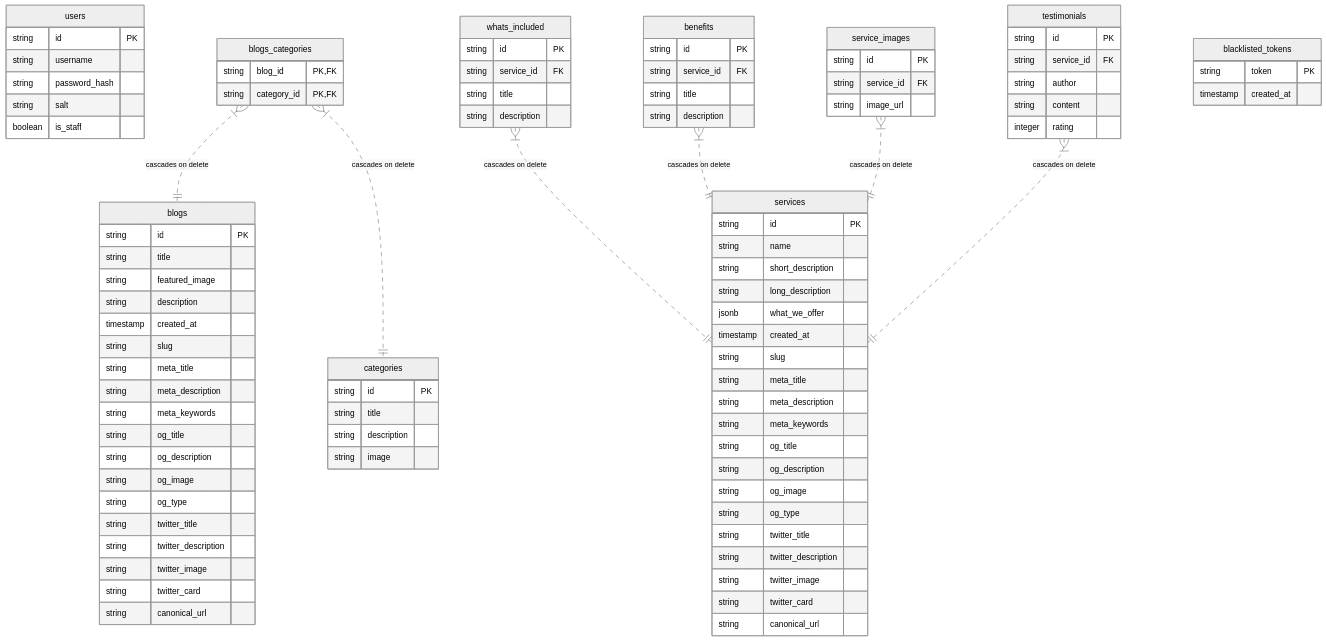
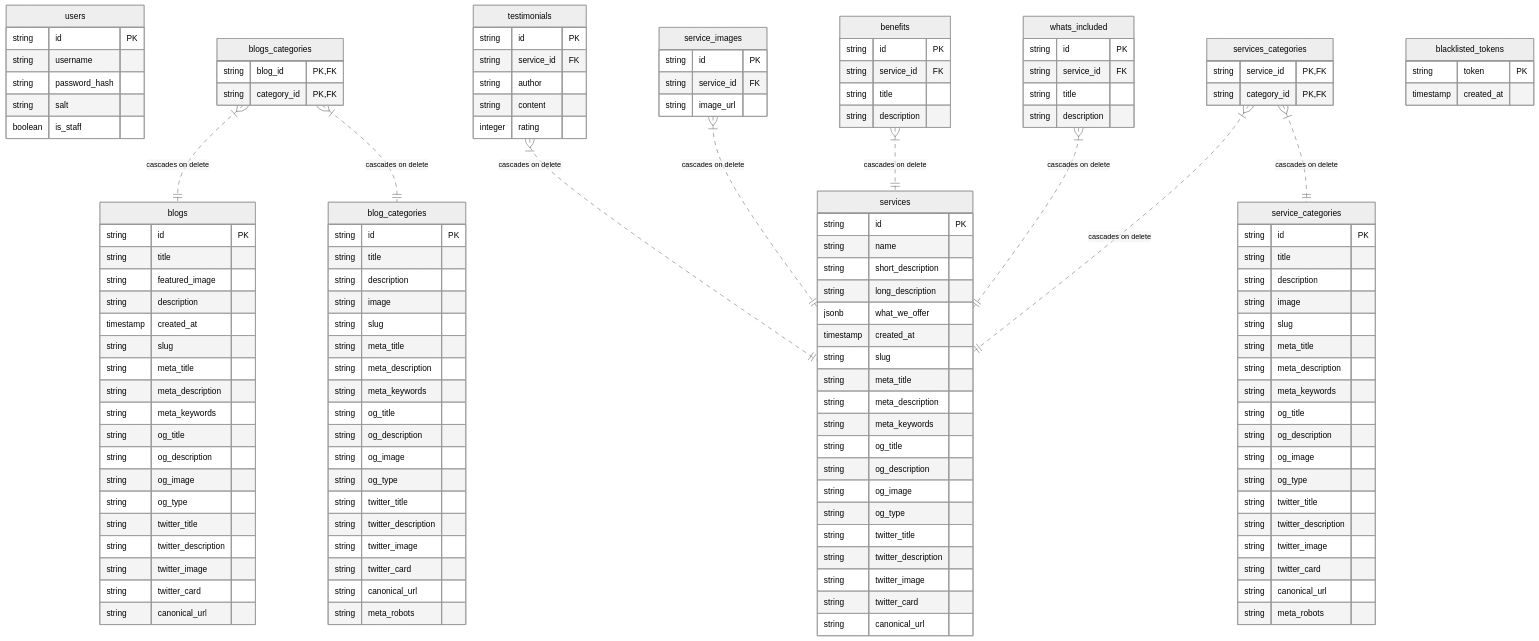
The diagram in DB_Schema.MD (Tech-Trendo/fair-and-fresh-backend), drawn with Mermaid (neutral theme) before and after one commit. The commit also changed other lines of this file and 1 other file, not shown here.

Commit message:
seprated categories

```diff
--- a/DB_Schema.MD
+++ b/DB_Schema.MD
@@ -15,11 +15,45 @@
         string salt
         boolean is_staff
     }
-    categories {
+    blog_categories {
         string id PK
         string title
         string description
         string image
+        string slug
+        string meta_title
+        string meta_description
+        string meta_keywords
+        string og_title
+        string og_description
+        string og_image
+        string og_type
+        string twitter_title
+        string twitter_description
+        string twitter_image
+        string twitter_card
+        string canonical_url
+        string meta_robots
+    }
+    service_categories {
+        string id PK
+        string title
+        string description
+        string image
+        string slug
+        string meta_title
+        string meta_description
+        string meta_keywords
+        string og_title
+        string og_description
+        string og_image
+        string og_type
+        string twitter_title
+        string twitter_description
+        string twitter_image
+        string twitter_card
+        string canonical_url
+        string meta_robots
     }
     blogs {
         string id PK
@@ -66,6 +100,10 @@
         string twitter_card
         string canonical_url
     }
+    services_categories {
+        string service_id PK, FK
+        string category_id PK, FK
+    }
     whats_included {
         string id PK
         string service_id FK
@@ -96,7 +134,9 @@
     }
 
     blogs_categories }|..|| blogs : "cascades on delete"
-    blogs_categories }|..|| categories : "cascades on delete"
+    blogs_categories }|..|| blog_categories : "cascades on delete"
+    services_categories }|..|| services : "cascades on delete"
+    services_categories }|..|| service_categories : "cascades on delete"
     whats_included }|..|| services : "cascades on delete"
     benefits }|..|| services : "cascades on delete"
     service_images }|..|| services : "cascades on delete"
```
